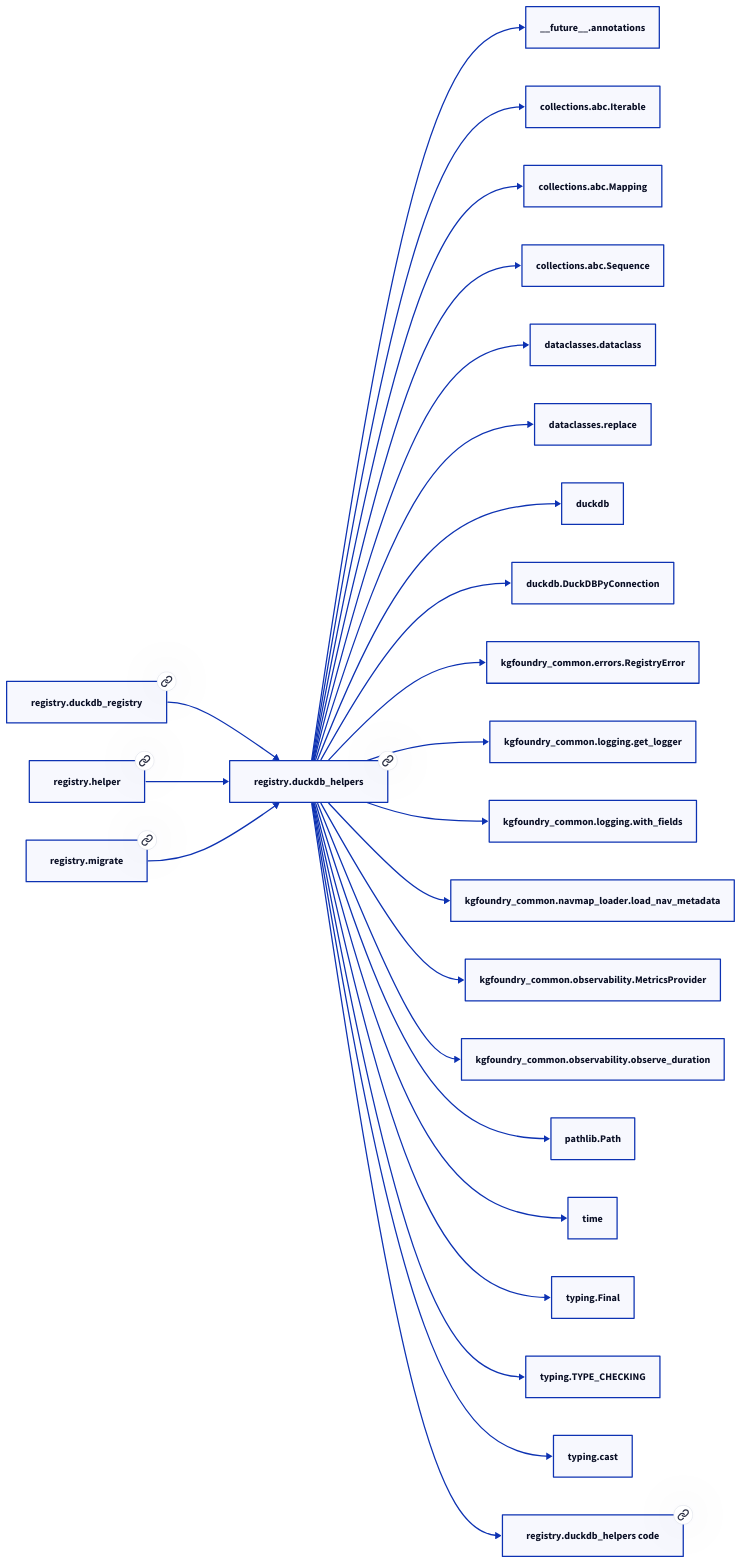
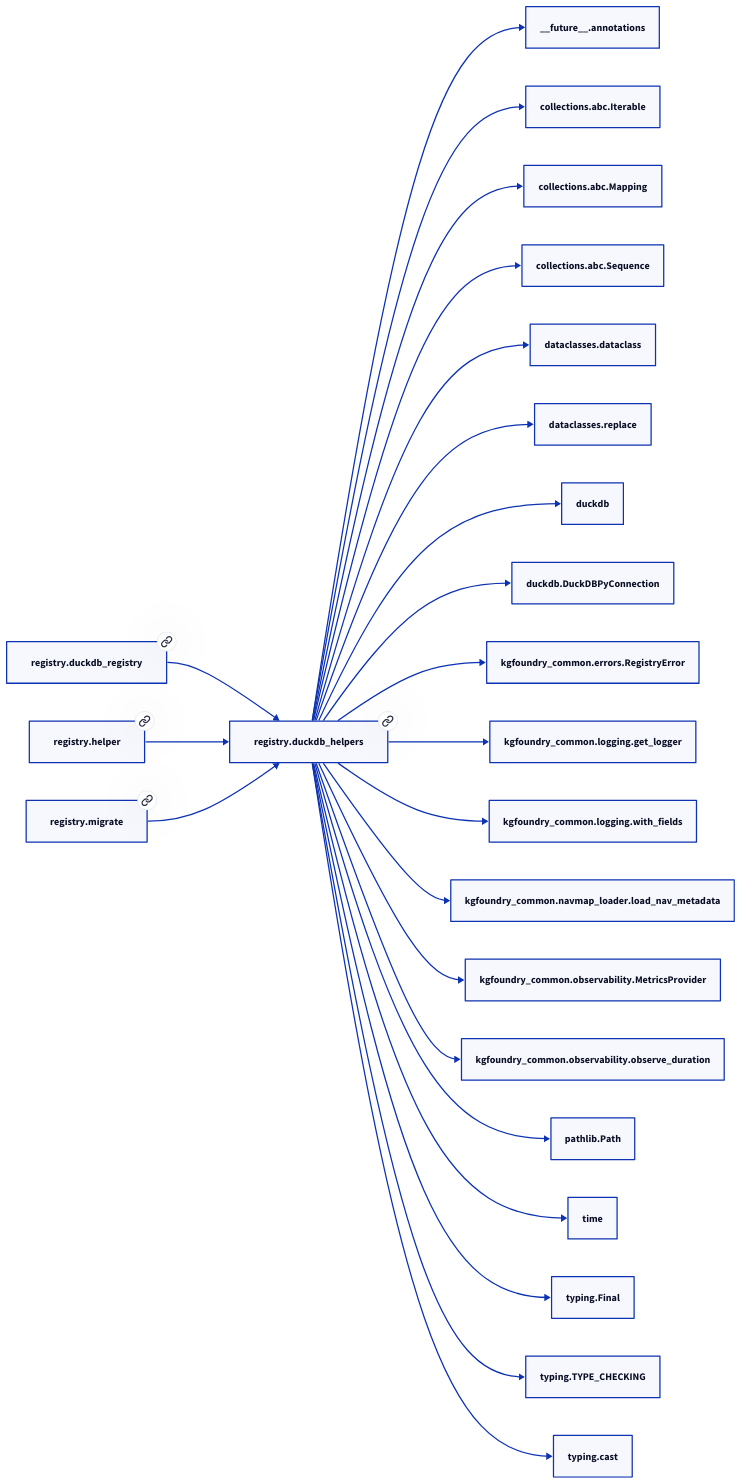
One commit to paul-heyse/kgforge changed the second of 2 diagrams in docs/modules/registry/duckdb_helpers.md. Above: the diagram before and after it, drawn with D2. The commit also changed other lines of this file and 118 other files, not shown here.

````diff
--- a/docs/modules/registry/duckdb_helpers.md
+++ b/docs/modules/registry/duckdb_helpers.md
@@ -83,50 +81,48 @@
 ```d2
 direction: right
-"registry.duckdb_helpers": "registry.duckdb_helpers" { link: "./registry/duckdb_helpers.md" }
+"registry.duckdb_helpers": "registry.duckdb_helpers" { link: "duckdb_helpers.md" }
 "__future__.annotations": "__future__.annotations"
 "registry.duckdb_helpers" -> "__future__.annotations"
 "collections.abc.Iterable": "collections.abc.Iterable"
 "registry.duckdb_helpers" -> "collections.abc.Iterable"
 "collections.abc.Mapping": "collections.abc.Mapping"
 "registry.duckdb_helpers" -> "collections.abc.Mapping"
 "collections.abc.Sequence": "collections.abc.Sequence"
 "registry.duckdb_helpers" -> "collections.abc.Sequence"
 "dataclasses.dataclass": "dataclasses.dataclass"
 "registry.duckdb_helpers" -> "dataclasses.dataclass"
 "dataclasses.replace": "dataclasses.replace"
 "registry.duckdb_helpers" -> "dataclasses.replace"
 "duckdb": "duckdb"
 "registry.duckdb_helpers" -> "duckdb"
 "duckdb.DuckDBPyConnection": "duckdb.DuckDBPyConnection"
 "registry.duckdb_helpers" -> "duckdb.DuckDBPyConnection"
 "kgfoundry_common.errors.RegistryError": "kgfoundry_common.errors.RegistryError"
 "registry.duckdb_helpers" -> "kgfoundry_common.errors.RegistryError"
 "kgfoundry_common.logging.get_logger": "kgfoundry_common.logging.get_logger"
 "registry.duckdb_helpers" -> "kgfoundry_common.logging.get_logger"
 "kgfoundry_common.logging.with_fields": "kgfoundry_common.logging.with_fields"
 "registry.duckdb_helpers" -> "kgfoundry_common.logging.with_fields"
 "kgfoundry_common.navmap_loader.load_nav_metadata": "kgfoundry_common.navmap_loader.load_nav_metadata"
 "registry.duckdb_helpers" -> "kgfoundry_common.navmap_loader.load_nav_metadata"
 "kgfoundry_common.observability.MetricsProvider": "kgfoundry_common.observability.MetricsProvider"
 "registry.duckdb_helpers" -> "kgfoundry_common.observability.MetricsProvider"
 "kgfoundry_common.observability.observe_duration": "kgfoundry_common.observability.observe_duration"
 "registry.duckdb_helpers" -> "kgfoundry_common.observability.observe_duration"
 "pathlib.Path": "pathlib.Path"
 "registry.duckdb_helpers" -> "pathlib.Path"
 "time": "time"
 "registry.duckdb_helpers" -> "time"
 "typing.Final": "typing.Final"
 "registry.duckdb_helpers" -> "typing.Final"
 "typing.TYPE_CHECKING": "typing.TYPE_CHECKING"
 "registry.duckdb_helpers" -> "typing.TYPE_CHECKING"
 "typing.cast": "typing.cast"
 "registry.duckdb_helpers" -> "typing.cast"
-"registry.duckdb_registry": "registry.duckdb_registry" { link: "./registry/duckdb_registry.md" }
+"registry.duckdb_registry": "registry.duckdb_registry" { link: "duckdb_registry.md" }
 "registry.duckdb_registry" -> "registry.duckdb_helpers"
-"registry.helper": "registry.helper" { link: "./registry/helper.md" }
+"registry.helper": "registry.helper" { link: "helper.md" }
 "registry.helper" -> "registry.duckdb_helpers"
-"registry.migrate": "registry.migrate" { link: "./registry/migrate.md" }
+"registry.migrate": "registry.migrate" { link: "migrate.md" }
 "registry.migrate" -> "registry.duckdb_helpers"
-"registry.duckdb_helpers_code": "registry.duckdb_helpers code" { link: "https://github.com/kgfoundry/kgfoundry/blob/main/src/registry/duckdb_helpers.py" }
-"registry.duckdb_helpers" -> "registry.duckdb_helpers_code" { style: dashed }
 ```
````
